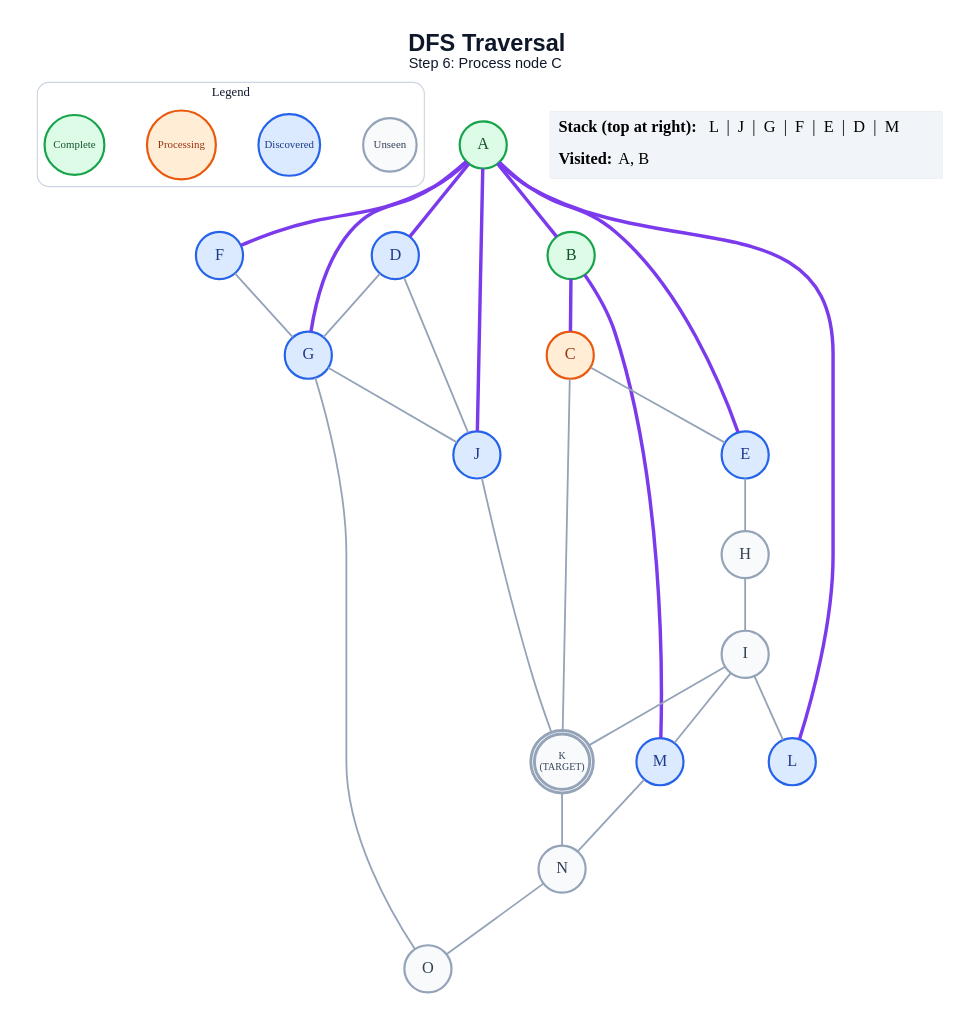
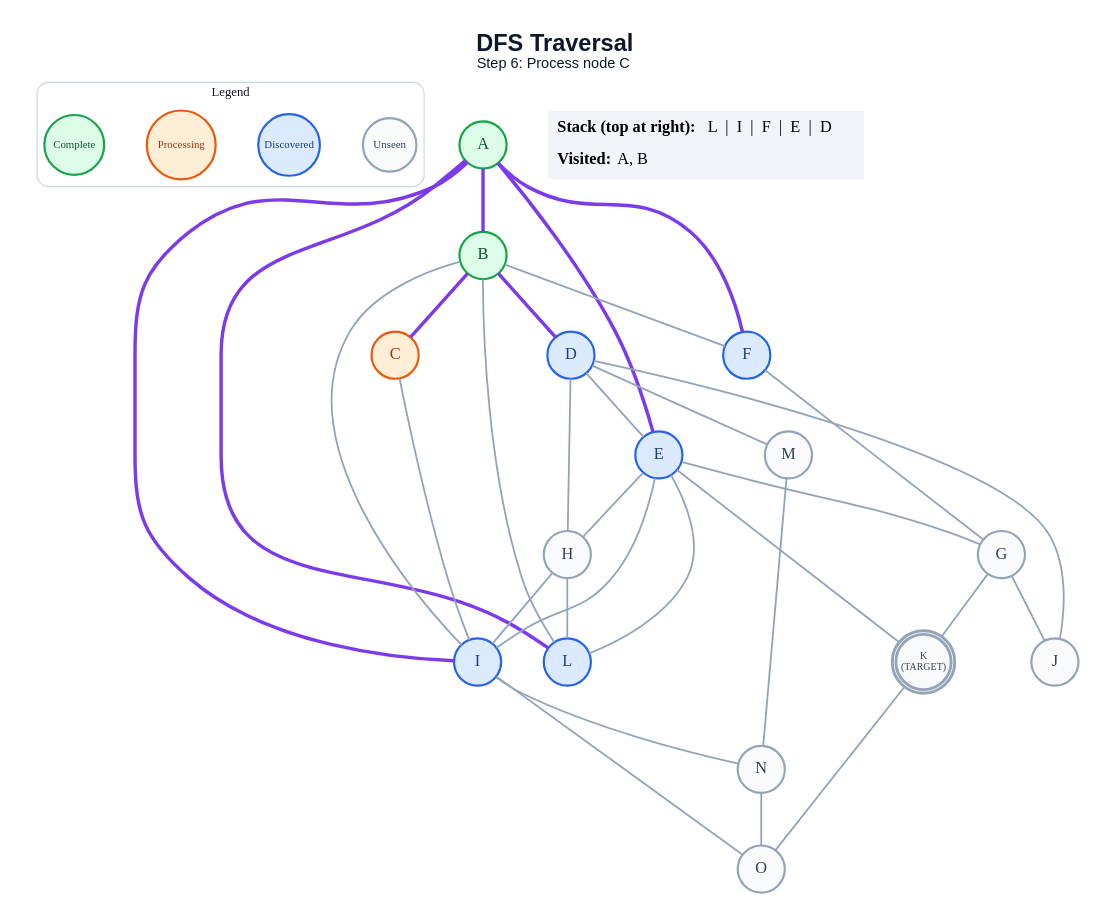
The diagram in generated/dfs/step_06.dot (anon7238593-create/ai-slop), drawn with Graphviz before and after one commit. The commit also changed 263 other files, not shown here.

```diff
--- a/generated/dfs/step_06.dot
+++ b/generated/dfs/step_06.dot
@@ -1,59 +1,64 @@
 graph traversal {
   graph [layout=dot, rankdir=TB, bgcolor="#FFFFFF", pad="0.35", nodesep="0.65", ranksep="0.8", fontname="Arial"];
   node [shape=circle, style="filled", fontname="Arial Bold", fontsize=18, width=0.72, fixedsize=true, penwidth=2.4];
   edge [color="#94A3B8", penwidth=2.0];
   label=<<B>DFS Traversal</B><BR/><FONT POINT-SIZE="16">Step 6: Process node C</FONT>>; labelloc="t"; fontsize=26; fontname="Arial"; fontcolor="#0F172A";
   subgraph cluster_legend { label="Legend"; color="#CBD5E1"; penwidth=1.2; style="rounded"; fontsize=14; fontname="Arial Bold";
     key_unseen [label="Unseen", fillcolor="#F8FAFC", color="#94A3B8", fontcolor="#334155", fontsize=12, width=0.82];
     key_frontier [label="Discovered", fillcolor="#DBEAFE", color="#2563EB", fontcolor="#1E3A8A", fontsize=12, width=0.95];
     key_current [label="Processing", fillcolor="#FFEDD5", color="#EA580C", fontcolor="#9A3412", fontsize=12, width=1.05];
     key_done [label="Complete", fillcolor="#DCFCE7", color="#16A34A", fontcolor="#14532D", fontsize=12, width=0.92];
     { rank=same; key_unseen; key_frontier; key_current; key_done; }
   }
   A [label="A", fillcolor="#DCFCE7", color="#16A34A", fontcolor="#14532D", peripheries=1, penwidth=2.4];
   B [label="B", fillcolor="#DCFCE7", color="#16A34A", fontcolor="#14532D", peripheries=1, penwidth=2.4];
   C [label="C", fillcolor="#FFEDD5", color="#EA580C", fontcolor="#9A3412", peripheries=1, penwidth=2.4];
   D [label="D", fillcolor="#DBEAFE", color="#2563EB", fontcolor="#1E3A8A", peripheries=1, penwidth=2.4];
   E [label="E", fillcolor="#DBEAFE", color="#2563EB", fontcolor="#1E3A8A", peripheries=1, penwidth=2.4];
   F [label="F", fillcolor="#DBEAFE", color="#2563EB", fontcolor="#1E3A8A", peripheries=1, penwidth=2.4];
-  G [label="G", fillcolor="#DBEAFE", color="#2563EB", fontcolor="#1E3A8A", peripheries=1, penwidth=2.4];
+  G [label="G", fillcolor="#F8FAFC", color="#94A3B8", fontcolor="#334155", peripheries=1, penwidth=2.4];
   H [label="H", fillcolor="#F8FAFC", color="#94A3B8", fontcolor="#334155", peripheries=1, penwidth=2.4];
-  I [label="I", fillcolor="#F8FAFC", color="#94A3B8", fontcolor="#334155", peripheries=1, penwidth=2.4];
-  J [label="J", fillcolor="#DBEAFE", color="#2563EB", fontcolor="#1E3A8A", peripheries=1, penwidth=2.4];
+  I [label="I", fillcolor="#DBEAFE", color="#2563EB", fontcolor="#1E3A8A", peripheries=1, penwidth=2.4];
+  J [label="J", fillcolor="#F8FAFC", color="#94A3B8", fontcolor="#334155", peripheries=1, penwidth=2.4];
   K [label="K\n(TARGET)", fillcolor="#F8FAFC", color="#94A3B8", fontcolor="#334155", peripheries=2, penwidth=3.2, fontsize=11, width=0.85, height=0.85];
   L [label="L", fillcolor="#DBEAFE", color="#2563EB", fontcolor="#1E3A8A", peripheries=1, penwidth=2.4];
-  M [label="M", fillcolor="#DBEAFE", color="#2563EB", fontcolor="#1E3A8A", peripheries=1, penwidth=2.4];
+  M [label="M", fillcolor="#F8FAFC", color="#94A3B8", fontcolor="#334155", peripheries=1, penwidth=2.4];
   N [label="N", fillcolor="#F8FAFC", color="#94A3B8", fontcolor="#334155", peripheries=1, penwidth=2.4];
   O [label="O", fillcolor="#F8FAFC", color="#94A3B8", fontcolor="#334155", peripheries=1, penwidth=2.4];
   A -- B [color="#7C3AED", penwidth=3.8];
-  A -- D [color="#7C3AED", penwidth=3.8];
   A -- E [color="#7C3AED", penwidth=3.8];
   A -- F [color="#7C3AED", penwidth=3.8];
-  A -- G [color="#7C3AED", penwidth=3.8];
-  A -- J [color="#7C3AED", penwidth=3.8];
+  A -- I [color="#7C3AED", penwidth=3.8];
   A -- L [color="#7C3AED", penwidth=3.8];
   B -- C [color="#7C3AED", penwidth=3.8];
-  B -- M [color="#7C3AED", penwidth=3.8];
-  C -- E;
-  C -- K;
-  D -- G;
+  B -- D [color="#7C3AED", penwidth=3.8];
+  B -- F;
+  B -- I;
+  B -- L;
+  C -- I;
+  D -- E;
+  D -- H;
   D -- J;
+  D -- M;
+  E -- G;
   E -- H;
+  E -- I;
+  E -- K;
+  E -- L;
   F -- G;
   G -- J;
-  G -- O;
+  G -- K;
   H -- I;
-  I -- K;
-  I -- L;
-  I -- M;
-  J -- K;
-  K -- N;
+  H -- L;
+  I -- N;
+  I -- O;
+  K -- O;
   M -- N;
   N -- O;
   status [shape=plain, fixedsize=false, width=0, height=0, margin=0, label=<
     <TABLE BORDER="0" CELLBORDER="0" CELLPADDING="7" BGCOLOR="#F1F5F9">
-      <TR><TD ALIGN="LEFT"><B>Stack (top at right):</B> L  |  J  |  G  |  F  |  E  |  D  |  M</TD></TR>
+      <TR><TD ALIGN="LEFT"><B>Stack (top at right):</B> L  |  I  |  F  |  E  |  D</TD></TR>
       <TR><TD ALIGN="LEFT"><B>Visited:</B> A, B</TD></TR>
     </TABLE>
   >];
 }
```
